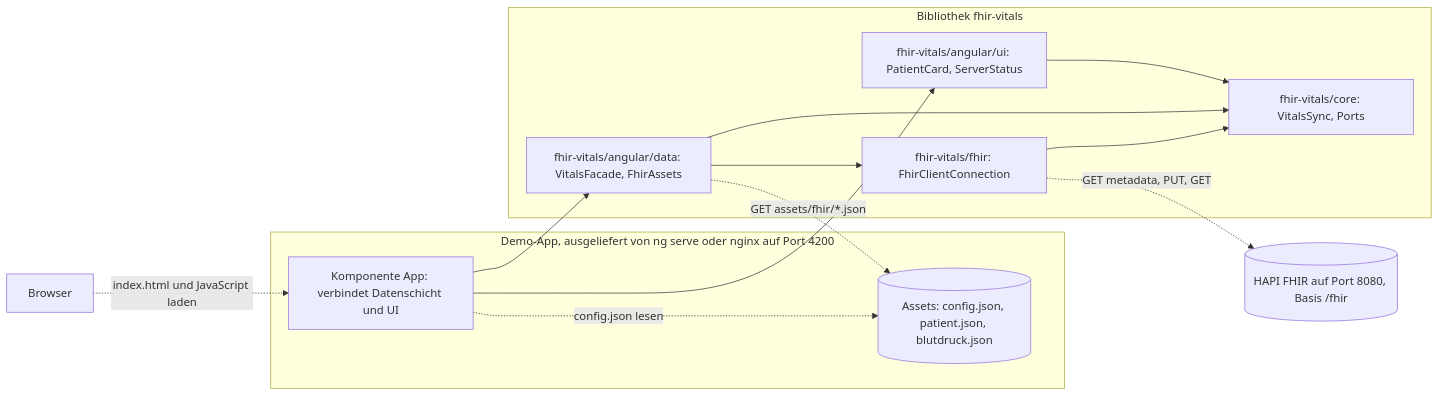
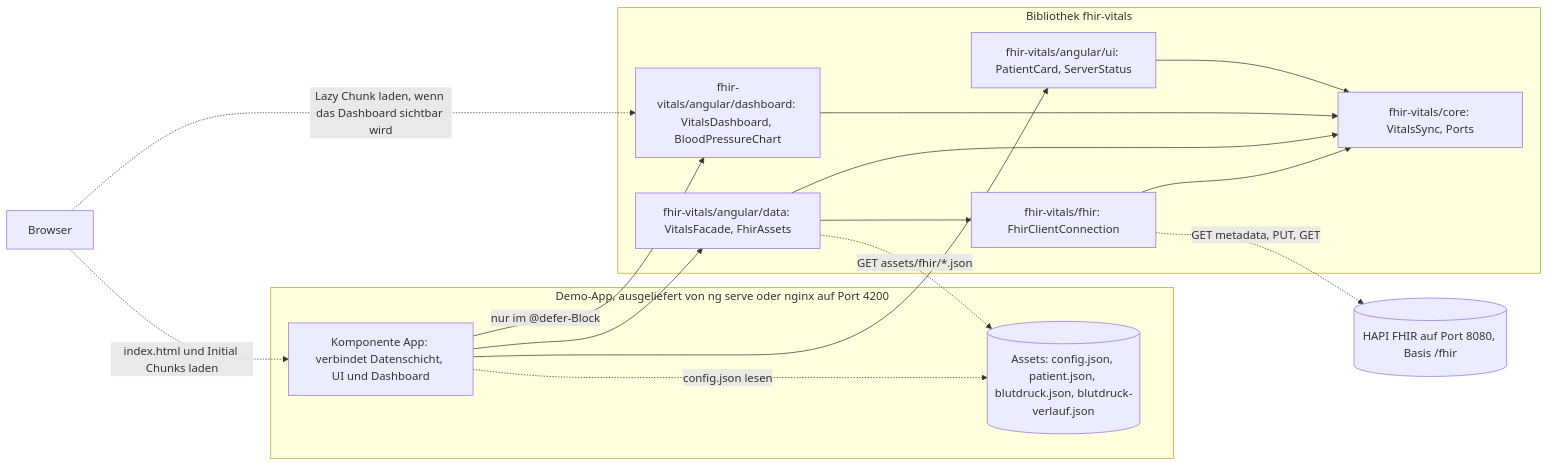
The diagram in README.md (forschungsgruppe-digital-health/angular-fhir-vitals), drawn with Mermaid before and after one commit. The commit also changed other lines of this file and 30 other files, not shown here.

First line of the commit message:
Add minimal dashboard example with one gridstack tile and a Chart.js chart

````diff
--- a/README.md
+++ b/README.md
@@ -324,25 +460,29 @@
 ```mermaid
 flowchart LR
   Browser["Browser"]
   subgraph App["Demo-App, ausgeliefert von ng serve oder nginx auf Port 4200"]
-    Page["Komponente App: verbindet Datenschicht und UI"]
-    Assets[("Assets: config.json, patient.json, blutdruck.json")]
+    Page["Komponente App: verbindet Datenschicht, UI und Dashboard"]
+    Assets[("Assets: config.json, patient.json, blutdruck.json, blutdruck-verlauf.json")]
   end
   subgraph Lib["Bibliothek fhir-vitals"]
     UI["fhir-vitals/angular/ui: PatientCard, ServerStatus"]
+    DASH["fhir-vitals/angular/dashboard: VitalsDashboard, BloodPressureChart"]
     NG["fhir-vitals/angular/data: VitalsFacade, FhirAssets"]
     FHIR["fhir-vitals/fhir: FhirClientConnection"]
     CORE["fhir-vitals/core: VitalsSync, Ports"]
   end
   HAPI[("HAPI FHIR auf Port 8080, Basis /fhir")]
-  Browser -. "index.html und JavaScript laden" .-> Page
+  Browser -. "index.html und Initial Chunks laden" .-> Page
+  Browser -. "Lazy Chunk laden, wenn das Dashboard sichtbar wird" .-> DASH
   Page --> UI
+  Page -- "nur im @defer-Block" --> DASH
   Page --> NG
   UI --> CORE
+  DASH --> CORE
   NG --> CORE
   NG --> FHIR
   FHIR --> CORE
   Page -. "config.json lesen" .-> Assets
   NG -. "GET assets/fhir/*.json" .-> Assets
   FHIR -. "GET metadata, PUT, GET" .-> HAPI
 ```
````
